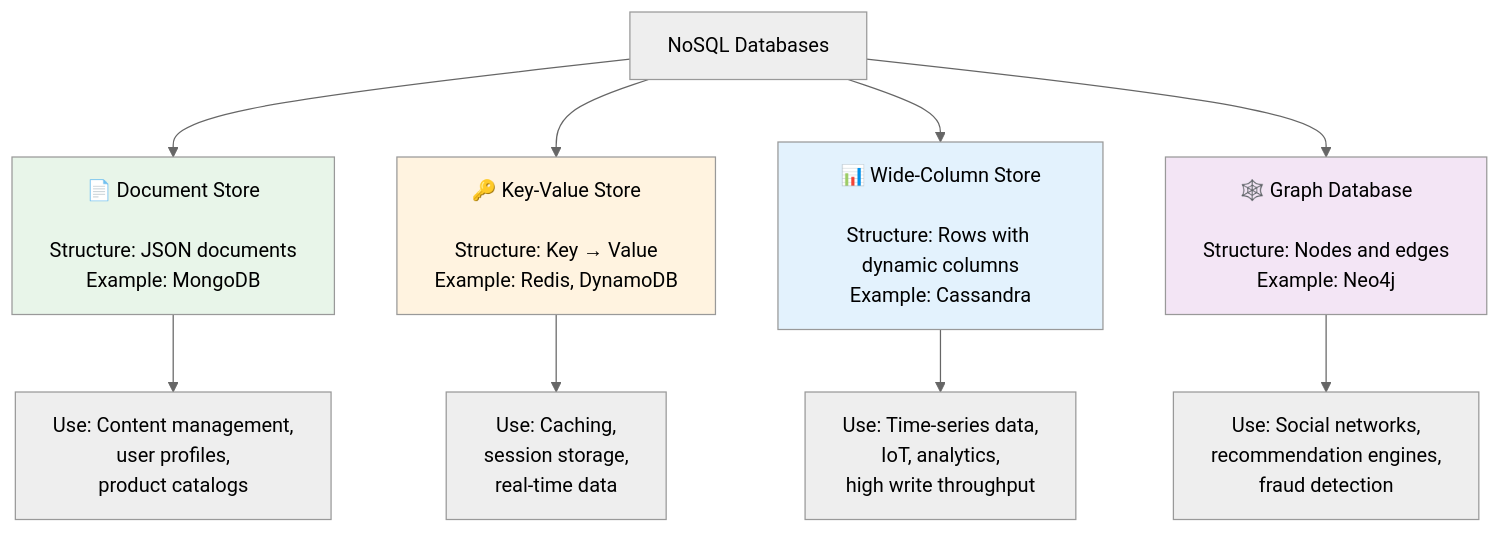
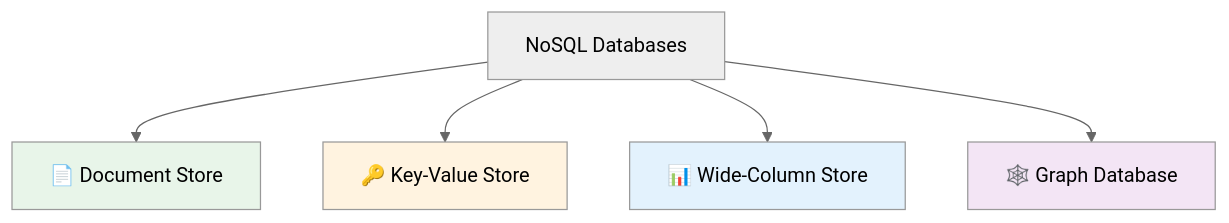
The third of 10 diagrams in HLD/foundation/02_databases.md (p1kmr/for-reading), drawn with Mermaid (neutral theme) before and after one commit. The commit also changed other lines of this file and 2 other files, not shown here.

Commit message:
Fix Mermaid rendering issues in Databases and Message Queues guides by simplifying complex diagrams

````diff
--- a/HLD/foundation/02_databases.md
+++ b/HLD/foundation/02_databases.md
@@ -152,19 +160,14 @@
 ```mermaid
 graph TB
     NoSQL[NoSQL Databases]
 
-    NoSQL --> Doc[📄 Document Store<br/><br/>Structure: JSON documents<br/>Example: MongoDB]
-    NoSQL --> KV[🔑 Key-Value Store<br/><br/>Structure: Key → Value<br/>Example: Redis, DynamoDB]
-    NoSQL --> Wide[📊 Wide-Column Store<br/><br/>Structure: Rows with dynamic columns<br/>Example: Cassandra]
-    NoSQL --> Graph[🕸️ Graph Database<br/><br/>Structure: Nodes and edges<br/>Example: Neo4j]
-
-    Doc --> DocUse[Use: Content management,<br/>user profiles,<br/>product catalogs]
-    KV --> KVUse[Use: Caching,<br/>session storage,<br/>real-time data]
-    Wide --> WideUse[Use: Time-series data,<br/>IoT, analytics,<br/>high write throughput]
-    Graph --> GraphUse[Use: Social networks,<br/>recommendation engines,<br/>fraud detection]
+    NoSQL --> Doc[📄 Document Store]
+    NoSQL --> KV[🔑 Key-Value Store]
+    NoSQL --> Wide[📊 Wide-Column Store]
+    NoSQL --> Graph[🕸️ Graph Database]
 
     style Doc fill:#e8f5e9
     style KV fill:#fff3e0
     style Wide fill:#e3f2fd
     style Graph fill:#f3e5f5
 ```
````
